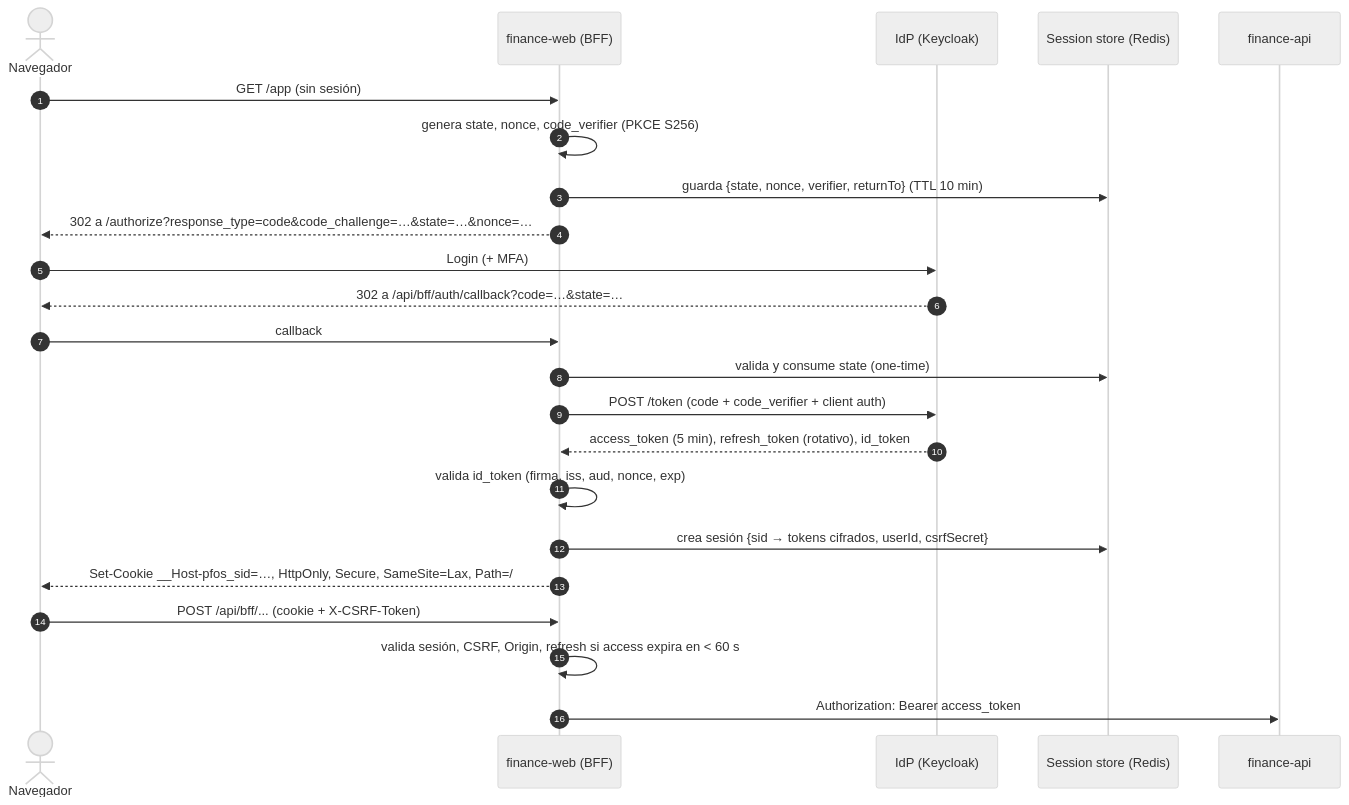
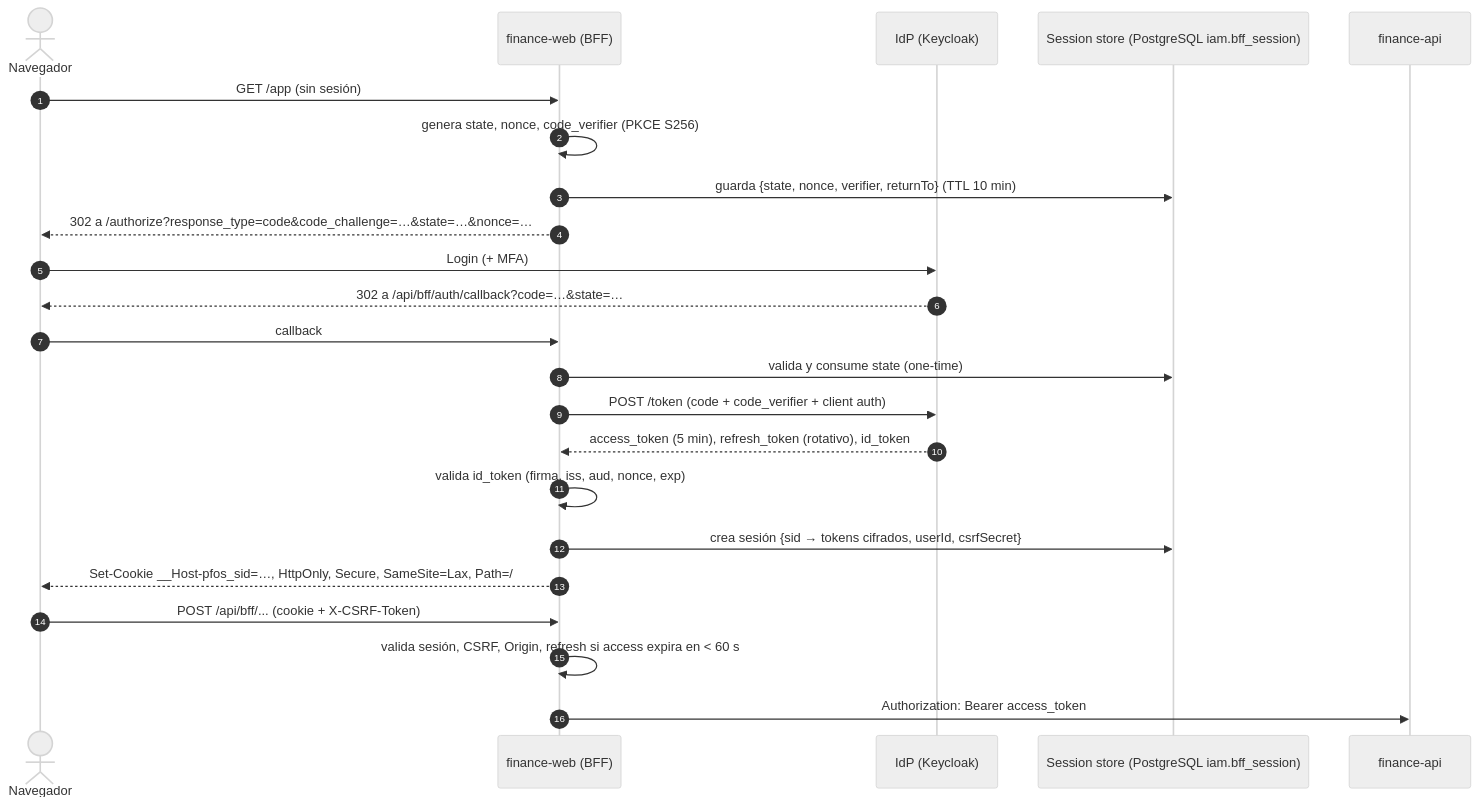
The second of 2 diagrams in docs/12-security.md (manuXD270516/personal-finances), drawn with Mermaid (neutral theme) before and after one commit. The commit also changed other lines of this file and 393 other files, not shown here.

````diff
--- a/docs/12-security.md
+++ b/docs/12-security.md
@@ -82,26 +82,26 @@
 ```mermaid
 sequenceDiagram
   autonumber
   actor U as Navegador
   participant W as finance-web (BFF)
   participant I as IdP (Keycloak)
-  participant S as Session store (Redis)
+  participant S as Session store (PostgreSQL iam.bff_session)
   participant A as finance-api
 
   U->>W: GET /app (sin sesión)
   W->>W: genera state, nonce, code_verifier (PKCE S256)
   W->>S: guarda {state, nonce, verifier, returnTo} (TTL 10 min)
   W-->>U: 302 a /authorize?response_type=code&code_challenge=…&state=…&nonce=…
   U->>I: Login (+ MFA)
   I-->>U: 302 a /api/bff/auth/callback?code=…&state=…
   U->>W: callback
   W->>S: valida y consume state (one-time)
   W->>I: POST /token (code + code_verifier + client auth)
   I-->>W: access_token (5 min), refresh_token (rotativo), id_token
   W->>W: valida id_token (firma, iss, aud, nonce, exp)
   W->>S: crea sesión {sid → tokens cifrados, userId, csrfSecret}
   W-->>U: Set-Cookie __Host-pfos_sid=…, HttpOnly, Secure, SameSite=Lax, Path=/
   U->>W: POST /api/bff/... (cookie + X-CSRF-Token)
   W->>W: valida sesión, CSRF, Origin, refresh si access expira en < 60 s
   W->>A: Authorization: Bearer access_token
 ```
````
